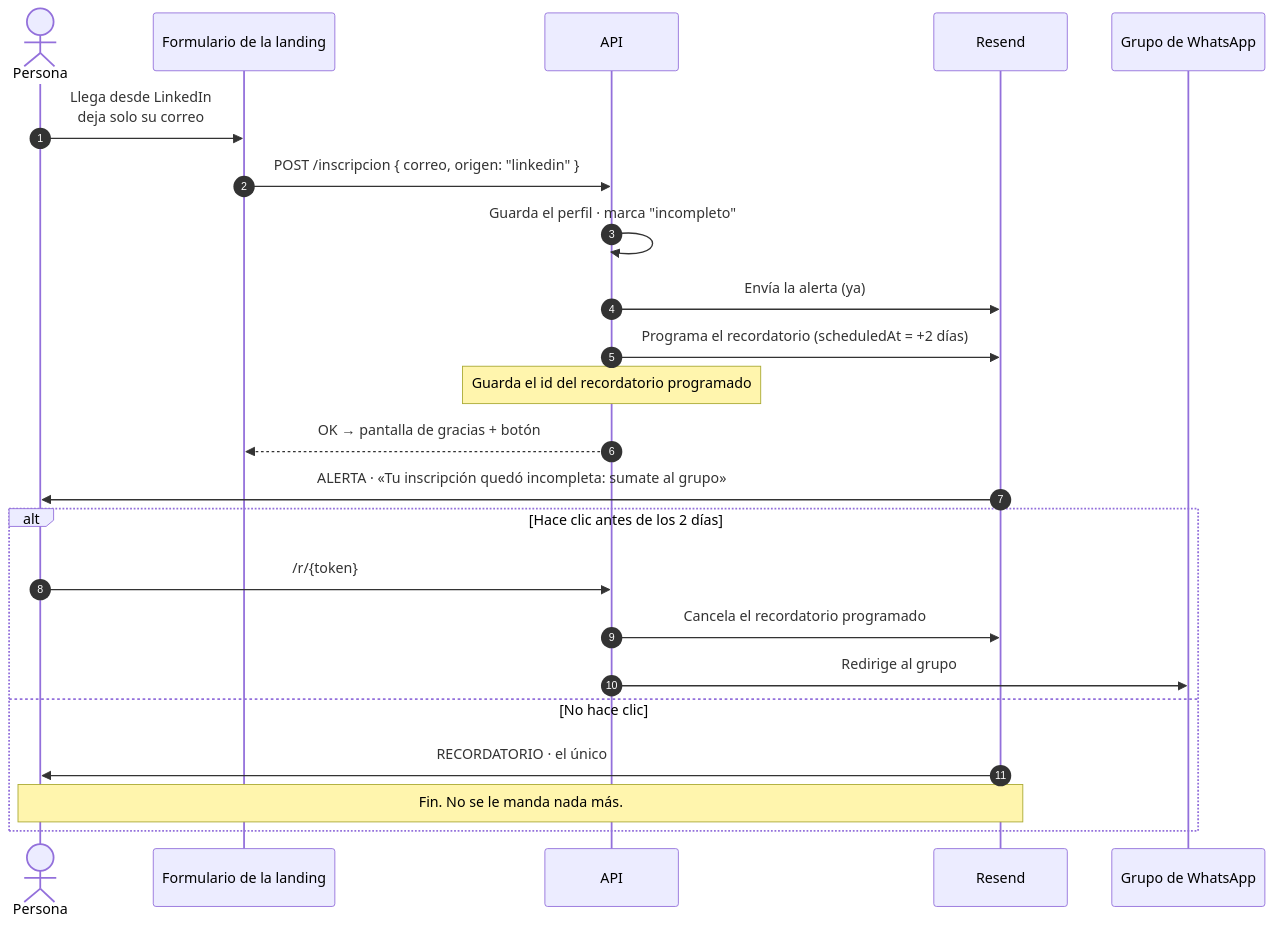
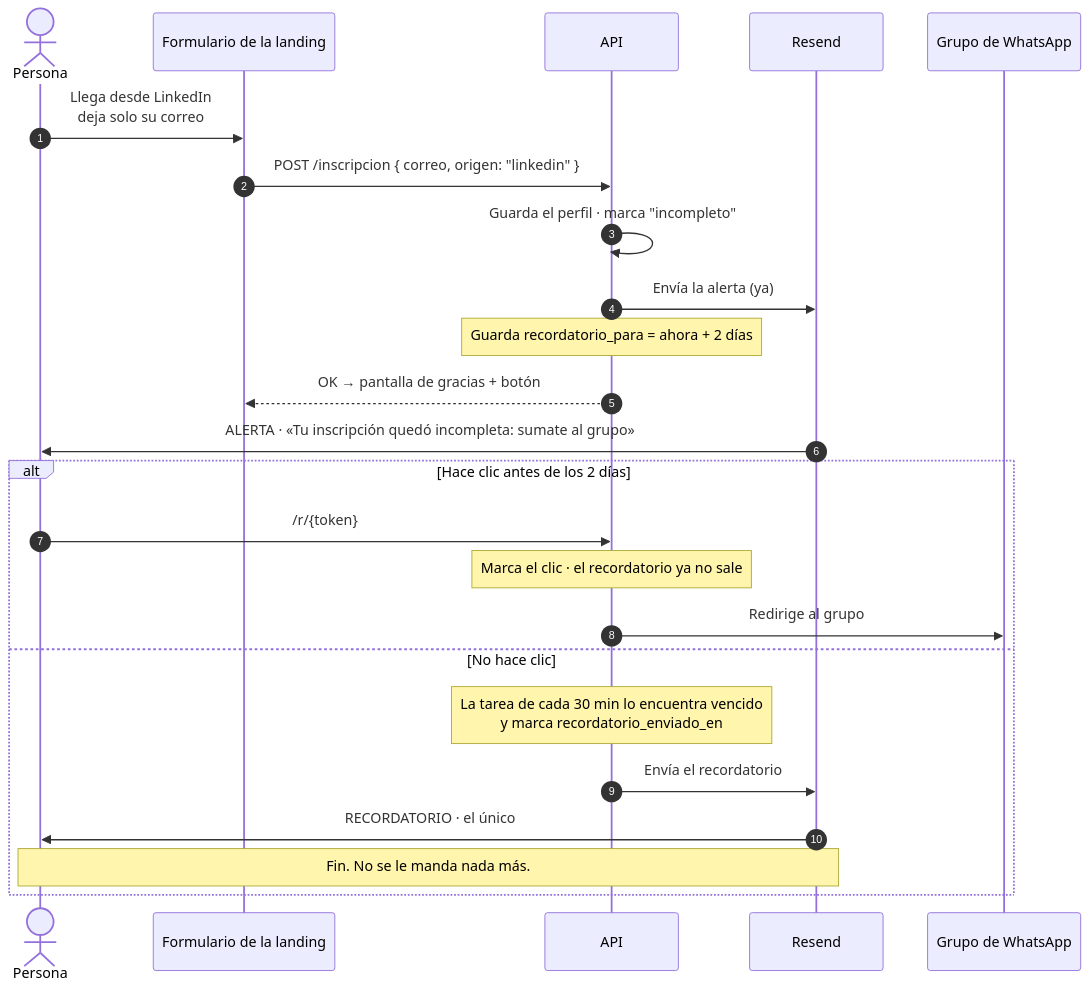
The third of 3 diagrams in backendGonzalo/docs/09-embudo-de-inscripcion.md (cursedzeta/habisite), drawn with Mermaid before and after one commit. The commit also changed other lines of this file and 6 other files, not shown here.

Commit message:
Especificacion del formulario para Zeta

````diff
--- a/backendGonzalo/docs/09-embudo-de-inscripcion.md
+++ b/backendGonzalo/docs/09-embudo-de-inscripcion.md
@@ -159,27 +165,28 @@
 ```mermaid
 sequenceDiagram
     autonumber
     actor P as Persona
     participant F as Formulario de la landing
     participant API as API
     participant R as Resend
     participant W as Grupo de WhatsApp
 
     P->>F: Llega desde LinkedIn<br/>deja solo su correo
     F->>API: POST /inscripcion { correo, origen: "linkedin" }
     API->>API: Guarda el perfil · marca "incompleto"
     API->>R: Envía la alerta (ya)
-    API->>R: Programa el recordatorio (scheduledAt = +2 días)
-    Note over API: Guarda el id del recordatorio programado
+    Note over API: Guarda recordatorio_para = ahora + 2 días
     API-->>F: OK → pantalla de gracias + botón
     R->>P: ALERTA · «Tu inscripción quedó incompleta: sumate al grupo»
 
     alt Hace clic antes de los 2 días
         P->>API: /r/{token}
-        API->>R: Cancela el recordatorio programado
+        Note over API: Marca el clic · el recordatorio ya no sale
         API->>W: Redirige al grupo
     else No hace clic
+        Note over API: La tarea de cada 30 min lo encuentra vencido<br/>y marca recordatorio_enviado_en
+        API->>R: Envía el recordatorio
         R->>P: RECORDATORIO · el único
         Note over P,R: Fin. No se le manda nada más.
     end
 ```
````
